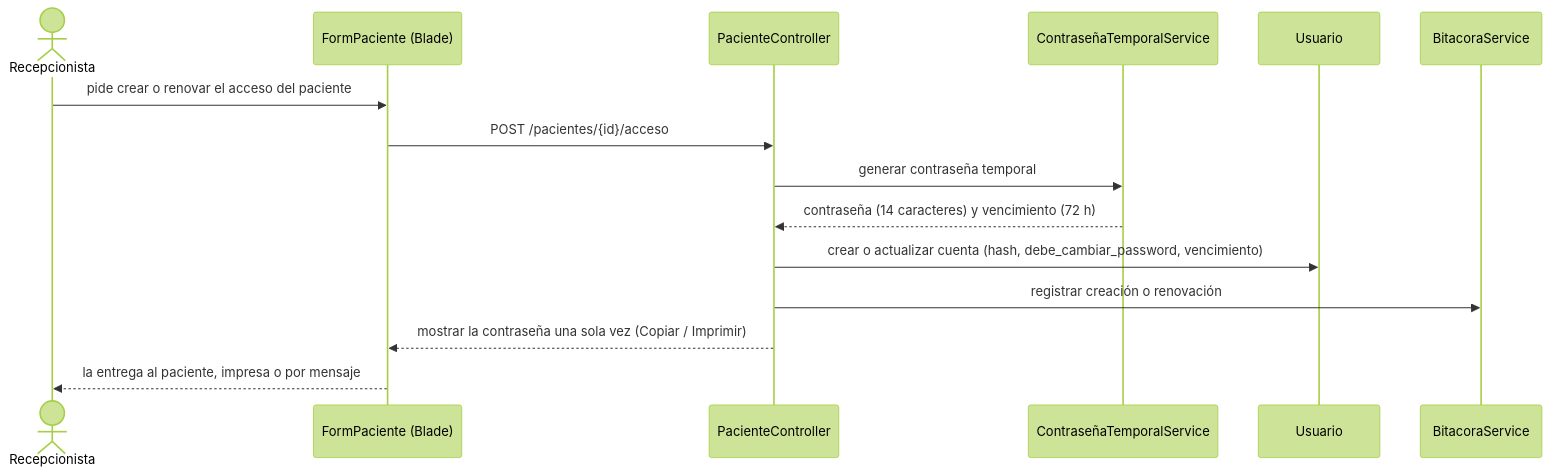
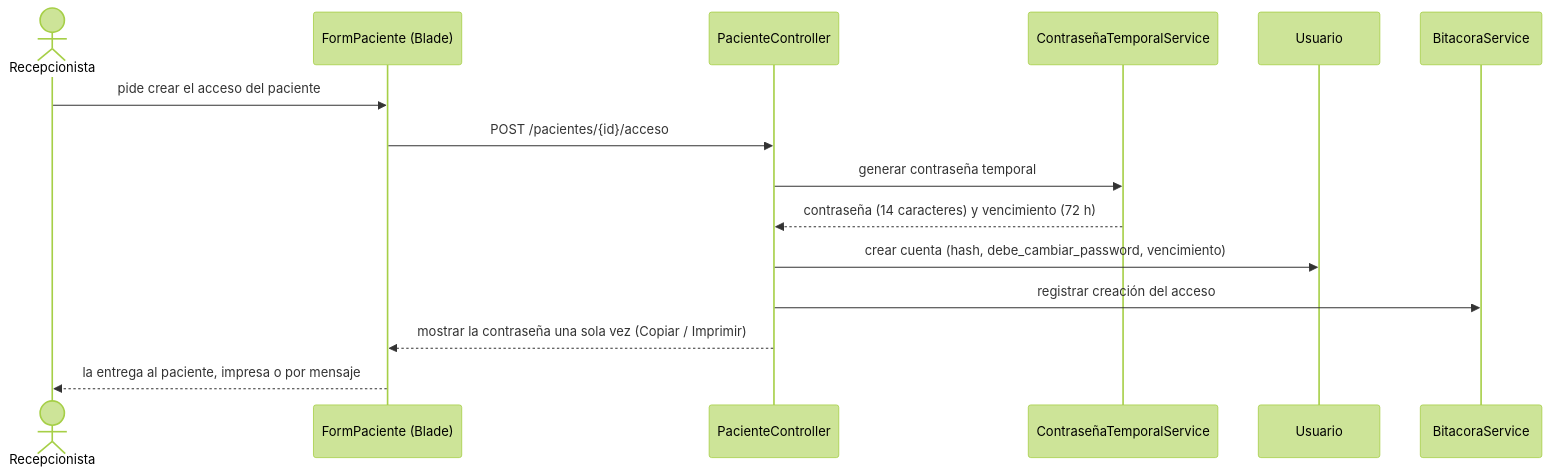
Before and after one commit to Einarpd26/2do-examen-ing-requisitos: diagram 13 of 15 in documento/Informe-Final.md, drawn with Mermaid (forest theme). The commit also changed other lines of this file and 1 other file, not shown here.

Commit message:
docs: especificar CU-19 renovar contrasena temporal con su diagrama de secuencia y la recuperacion de emergencia

````diff
--- a/documento/Informe-Final.md
+++ b/documento/Informe-Final.md
@@ -939,18 +973,18 @@
 ```mermaid
 sequenceDiagram
     actor R as Recepcionista
     participant F as FormPaciente (Blade)
     participant C as PacienteController
     participant T as ContraseñaTemporalService
     participant U as Usuario
     participant B as BitacoraService
 
-    R->>F: pide crear o renovar el acceso del paciente
+    R->>F: pide crear el acceso del paciente
     F->>C: POST /pacientes/{id}/acceso
     C->>T: generar contraseña temporal
     T-->>C: contraseña (14 caracteres) y vencimiento (72 h)
-    C->>U: crear o actualizar cuenta (hash, debe_cambiar_password, vencimiento)
-    C->>B: registrar creación o renovación
+    C->>U: crear cuenta (hash, debe_cambiar_password, vencimiento)
+    C->>B: registrar creación del acceso
     C-->>F: mostrar la contraseña una sola vez (Copiar / Imprimir)
     F-->>R: la entrega al paciente, impresa o por mensaje
 ```
````
